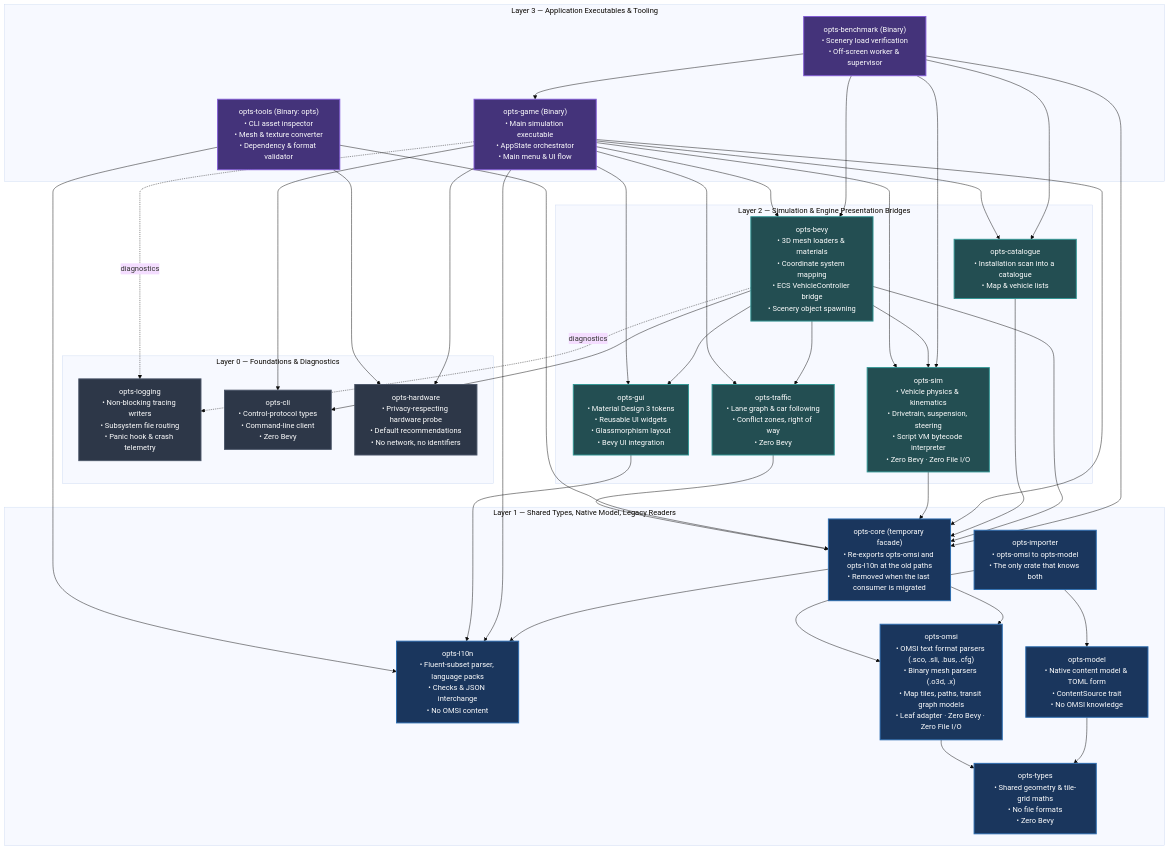
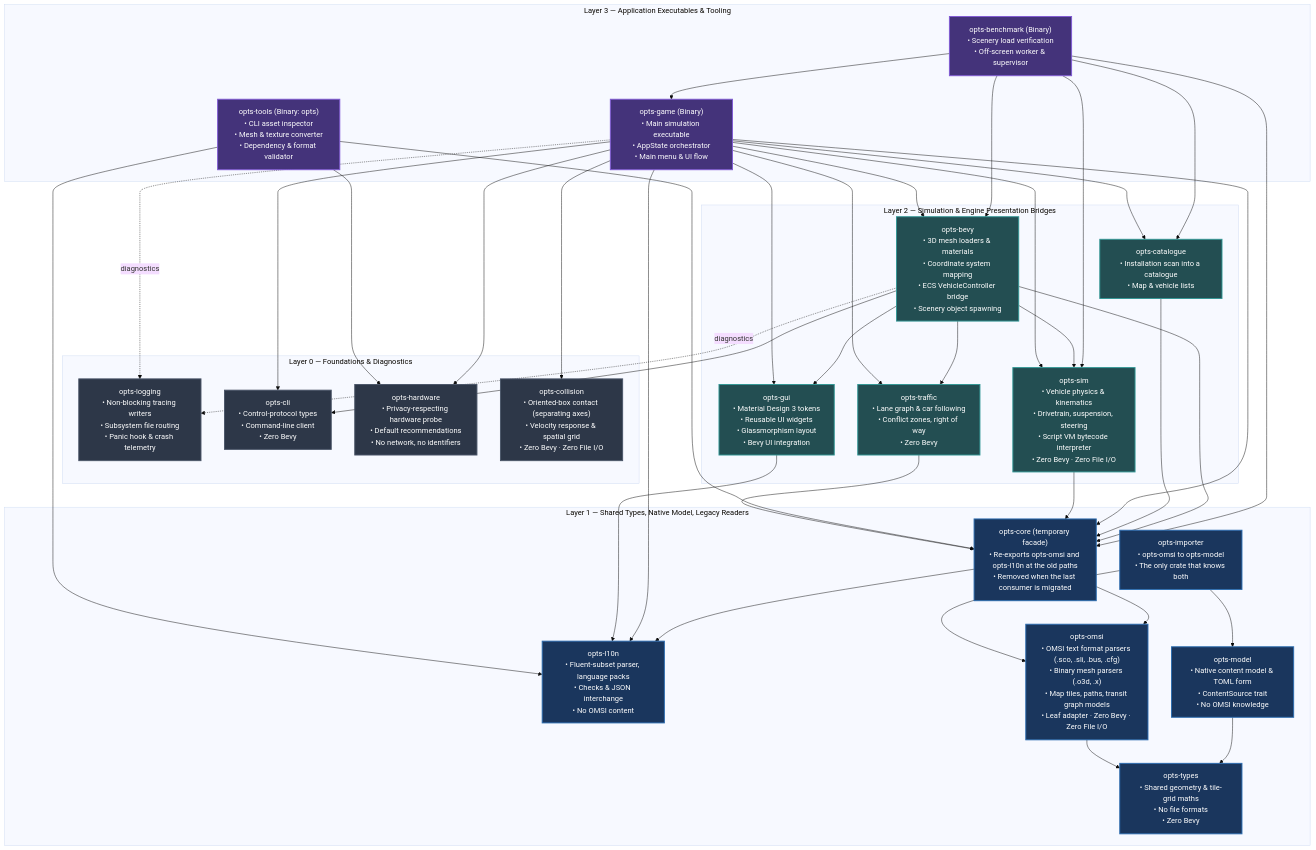
One commit to louisgoodnews/opts changed the diagram in docs/src/architecture/crate-graph.md. Above: the diagram before and after it, drawn with Mermaid (base theme). The commit also changed other lines of this file and 20 other files, not shown here.

Commit message:
refactor(opts-sim): move the collision module into the new opts-collision crate (ISS-034 budget room for the fuel work; opts-sim budget kept)

````diff
--- a/docs/src/architecture/crate-graph.md
+++ b/docs/src/architecture/crate-graph.md
@@ -11,76 +11,78 @@
 ```mermaid
 graph TD
     classDef foundation fill:#2d3748,stroke:#4a5568,stroke-width:2px,color:#fff;
     classDef domain fill:#1a365d,stroke:#2b6cb0,stroke-width:2px,color:#fff;
     classDef bridge fill:#234e52,stroke:#319795,stroke-width:2px,color:#fff;
     classDef app fill:#44337a,stroke:#805ad5,stroke-width:2px,color:#fff;
 
     %% Layer 0: Foundations
     subgraph L0 ["Layer 0 — Foundations & Diagnostics"]
         opts_logging["opts-logging<br/>• Non-blocking tracing writers<br/>• Subsystem file routing<br/>• Panic hook & crash telemetry"]:::foundation
         opts_cli["opts-cli<br/>• Control-protocol types<br/>• Command-line client<br/>• Zero Bevy"]:::foundation
         opts_hardware["opts-hardware<br/>• Privacy-respecting hardware probe<br/>• Default recommendations<br/>• No network, no identifiers"]:::foundation
+        opts_collision["opts-collision<br/>• Oriented-box contact (separating axes)<br/>• Velocity response & spatial grid<br/>• Zero Bevy · Zero File I/O"]:::foundation
     end
 
     %% Layer 1: Domain Core & Parsers
     subgraph L1 ["Layer 1 — Shared Types, Native Model, Legacy Readers"]
         opts_types["opts-types<br/>• Shared geometry & tile-grid maths<br/>• No file formats<br/>• Zero Bevy"]:::domain
         opts_l10n["opts-l10n<br/>• Fluent-subset parser, language packs<br/>• Checks & JSON interchange<br/>• No OMSI content"]:::domain
         opts_omsi["opts-omsi<br/>• OMSI text format parsers (.sco, .sli, .bus, .cfg)<br/>• Binary mesh parsers (.o3d, .x)<br/>• Map tiles, paths, transit graph models<br/>• Leaf adapter · Zero Bevy · Zero File I/O"]:::domain
         opts_model["opts-model<br/>• Native content model & TOML form<br/>• ContentSource trait<br/>• No OMSI knowledge"]:::domain
         opts_importer["opts-importer<br/>• opts-omsi to opts-model<br/>• The only crate that knows both"]:::domain
         opts_core["opts-core (temporary facade)<br/>• Re-exports opts-omsi and opts-l10n at the old paths<br/>• Removed when the last consumer is migrated"]:::domain
     end
 
     %% Layer 2: Domain Simulation & Engine Bridges
     subgraph L2 ["Layer 2 — Simulation & Engine Presentation Bridges"]
         opts_sim["opts-sim<br/>• Vehicle physics & kinematics<br/>• Drivetrain, suspension, steering<br/>• Script VM bytecode interpreter<br/>• Zero Bevy · Zero File I/O"]:::bridge
         opts_traffic["opts-traffic<br/>• Lane graph & car following<br/>• Conflict zones, right of way<br/>• Zero Bevy"]:::bridge
         opts_catalogue["opts-catalogue<br/>• Installation scan into a catalogue<br/>• Map & vehicle lists"]:::bridge
         opts_gui["opts-gui<br/>• Material Design 3 tokens<br/>• Reusable UI widgets<br/>• Glassmorphism layout<br/>• Bevy UI integration"]:::bridge
         opts_bevy["opts-bevy<br/>• 3D mesh loaders & materials<br/>• Coordinate system mapping<br/>• ECS VehicleController bridge<br/>• Scenery object spawning"]:::bridge
     end
 
     %% Layer 3: Application Executables & Tools
     subgraph L3 ["Layer 3 — Application Executables & Tooling"]
         opts_game["opts-game (Binary)<br/>• Main simulation executable<br/>• AppState orchestrator<br/>• Main menu & UI flow"]:::app
         opts_benchmark["opts-benchmark (Binary)<br/>• Scenery load verification<br/>• Off-screen worker & supervisor"]:::app
         opts_tools["opts-tools (Binary: opts)<br/>• CLI asset inspector<br/>• Mesh & texture converter<br/>• Dependency & format validator"]:::app
     end
 
     %% Dependencies
     opts_benchmark --> opts_bevy
     opts_benchmark --> opts_catalogue
     opts_benchmark --> opts_core
     opts_benchmark --> opts_game
     opts_benchmark --> opts_sim
     opts_bevy --> opts_cli
     opts_bevy --> opts_core
     opts_bevy --> opts_gui
     opts_bevy -.->|diagnostics| opts_logging
     opts_bevy --> opts_sim
     opts_bevy --> opts_traffic
     opts_catalogue --> opts_core
     opts_core --> opts_l10n
     opts_core --> opts_omsi
     opts_game --> opts_bevy
     opts_game --> opts_catalogue
     opts_game --> opts_cli
+    opts_game --> opts_collision
     opts_game --> opts_core
     opts_game --> opts_gui
     opts_game --> opts_hardware
     opts_game --> opts_l10n
     opts_game -.->|diagnostics| opts_logging
     opts_game --> opts_sim
     opts_game --> opts_traffic
     opts_gui --> opts_l10n
     opts_importer --> opts_model
     opts_importer --> opts_omsi
     opts_model --> opts_types
     opts_omsi --> opts_types
     opts_sim --> opts_core
     opts_tools --> opts_core
     opts_tools --> opts_hardware
     opts_tools --> opts_l10n
     opts_traffic --> opts_core
 ```
````
